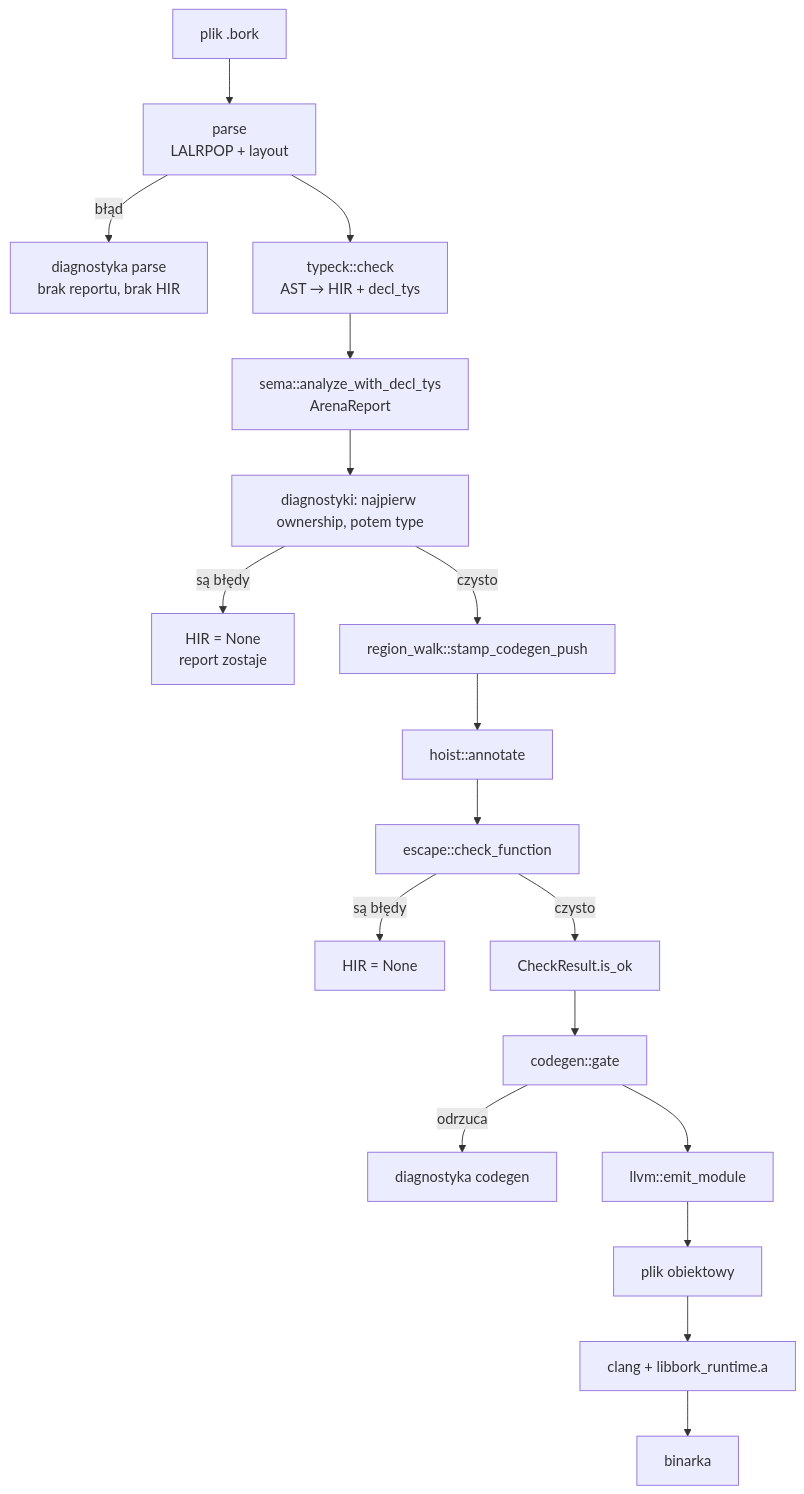
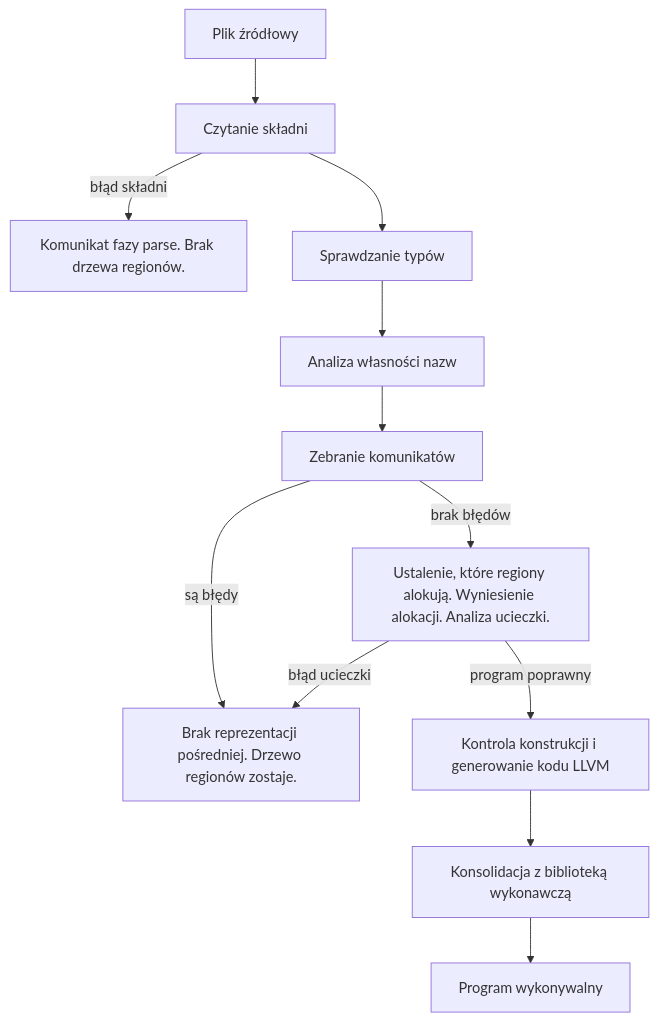
One commit to andrzejwitkowski/Bork changed the first of 2 diagrams in docs/book/13-pipeline.md. Above: the diagram before and after it, drawn with Mermaid. The commit also changed other lines of this file and 30 other files, not shown here.

````diff
--- a/docs/book/13-pipeline.md
+++ b/docs/book/13-pipeline.md
@@ -17,20 +15,14 @@
 ```mermaid
 flowchart TD
-    src["plik .bork"] --> parse["parse<br/>LALRPOP + layout"]
-    parse -->|błąd| dparse["diagnostyka parse<br/>brak reportu, brak HIR"]
-    parse --> typeck["typeck::check<br/>AST → HIR + decl_tys"]
-    typeck --> sema["sema::analyze_with_decl_tys<br/>ArenaReport"]
-    sema --> merge["diagnostyki: najpierw ownership, potem type"]
-    merge -->|są błędy| stop["HIR = None<br/>report zostaje"]
-    merge -->|czysto| stamp["region_walk::stamp_codegen_push"]
-    stamp --> hoist["hoist::annotate"]
-    hoist --> escape["escape::check_function"]
-    escape -->|są błędy| stop2["HIR = None"]
-    escape -->|czysto| ok["CheckResult.is_ok"]
-    ok --> gate["codegen::gate"]
-    gate -->|odrzuca| dcg["diagnostyka codegen"]
-    gate --> llvm["llvm::emit_module"]
-    llvm --> obj["plik obiektowy"]
-    obj --> clang["clang + libbork_runtime.a"]
-    clang --> bin["binarka"]
+    src["Plik źródłowy"] --> parse["Czytanie składni"]
+    parse -->|błąd składni| stop1["Komunikat fazy parse. Brak drzewa regionów."]
+    parse --> types["Sprawdzanie typów"]
+    types --> own["Analiza własności nazw"]
+    own --> merge["Zebranie komunikatów"]
+    merge -->|są błędy| stop2["Brak reprezentacji pośredniej. Drzewo regionów zostaje."]
+    merge -->|brak błędów| later["Ustalenie, które regiony alokują. Wyniesienie alokacji. Analiza ucieczki."]
+    later -->|błąd ucieczki| stop2
+    later -->|program poprawny| build["Kontrola konstrukcji i generowanie kodu LLVM"]
+    build --> link["Konsolidacja z biblioteką wykonawczą"]
+    link --> bin["Program wykonywalny"]
 ```
````
